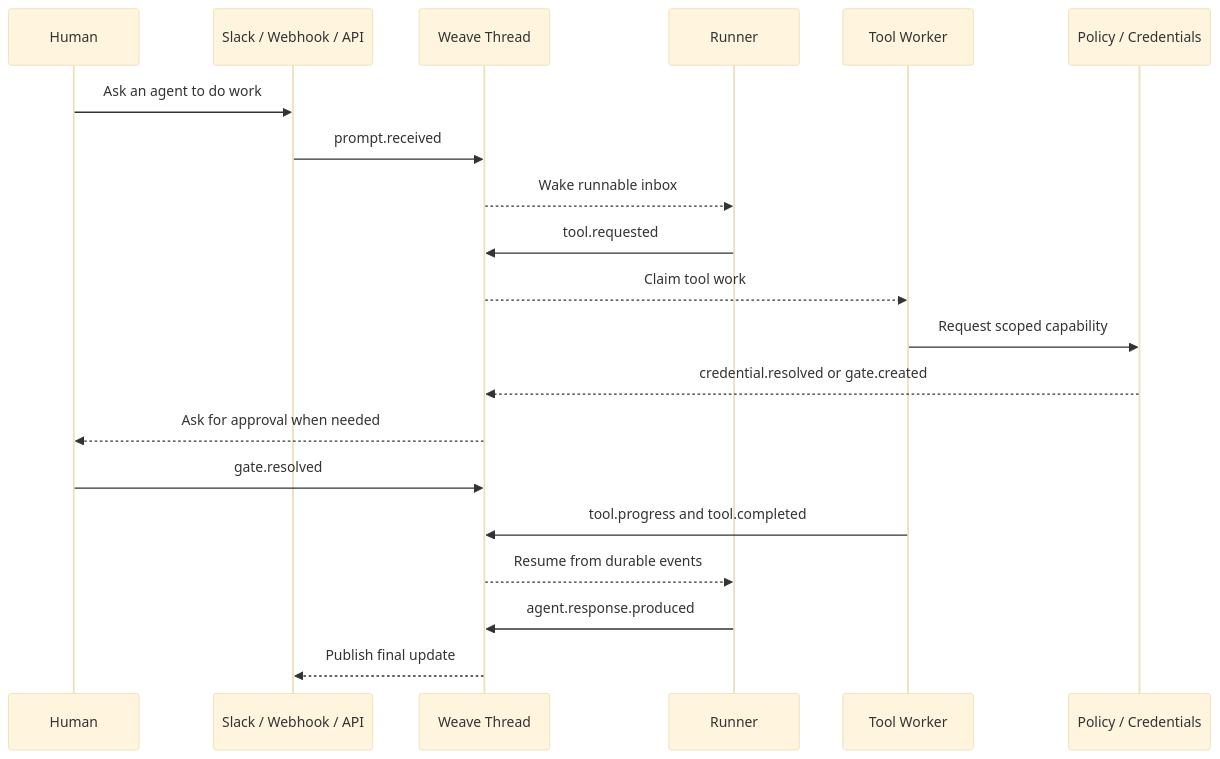
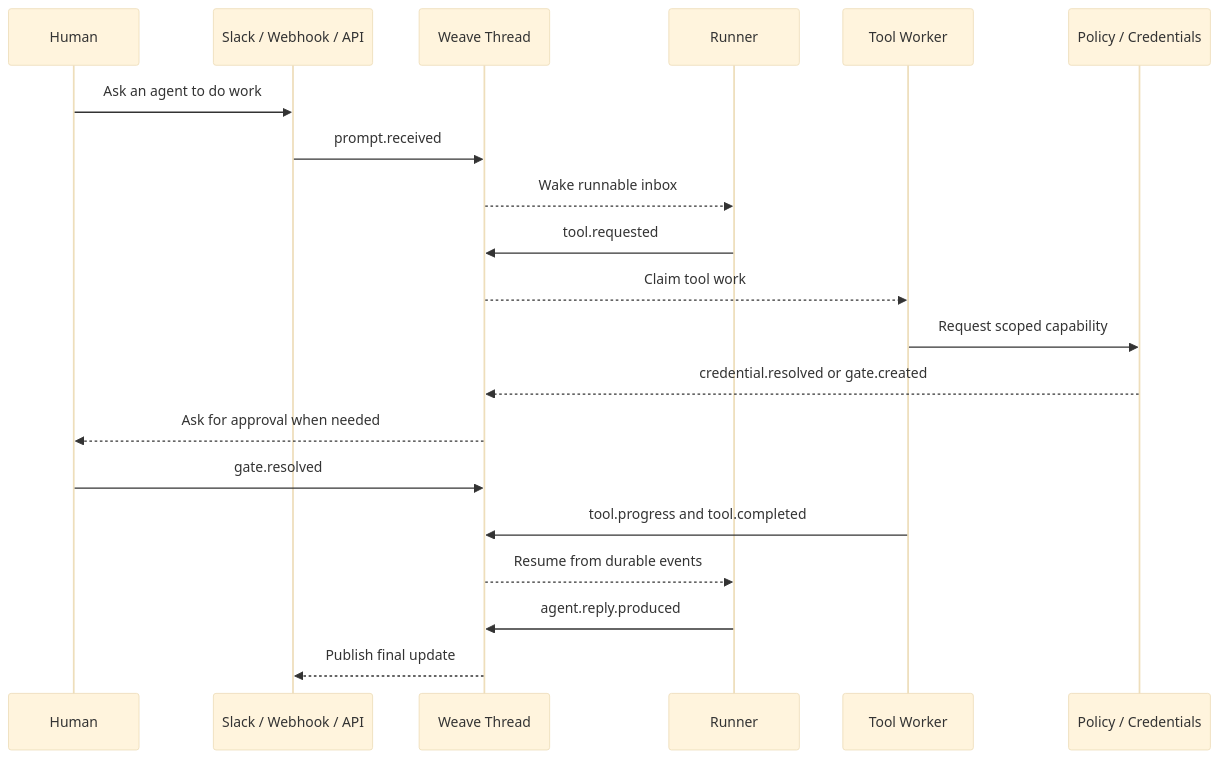
The second of 2 diagrams in docs/what-is-weave.md (steel-experiments/weave), drawn with Mermaid (base theme) before and after one commit. The commit also changed 20 other files, not shown here.

Commit message:
docs: rename agent reply event references

````diff
--- a/docs/what-is-weave.md
+++ b/docs/what-is-weave.md
@@ -77,23 +77,23 @@
 ```mermaid
 sequenceDiagram
   participant Human
   participant Ingress as Slack / Webhook / API
   participant Thread as Weave Thread
   participant Runner
   participant Worker as Tool Worker
   participant Policy as Policy / Credentials
 
   Human->>Ingress: Ask an agent to do work
   Ingress->>Thread: prompt.received
   Thread-->>Runner: Wake runnable inbox
   Runner->>Thread: tool.requested
   Thread-->>Worker: Claim tool work
   Worker->>Policy: Request scoped capability
   Policy-->>Thread: credential.resolved or gate.created
   Thread-->>Human: Ask for approval when needed
   Human->>Thread: gate.resolved
   Worker->>Thread: tool.progress and tool.completed
   Thread-->>Runner: Resume from durable events
-  Runner->>Thread: agent.response.produced
+  Runner->>Thread: agent.reply.produced
   Thread-->>Ingress: Publish final update
 ```
````
